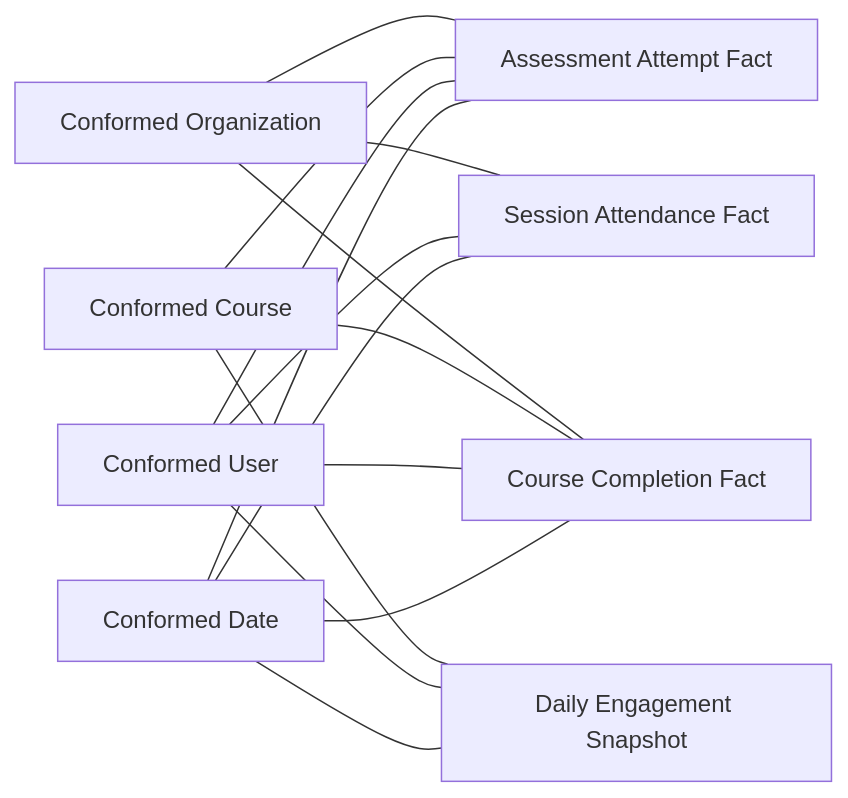
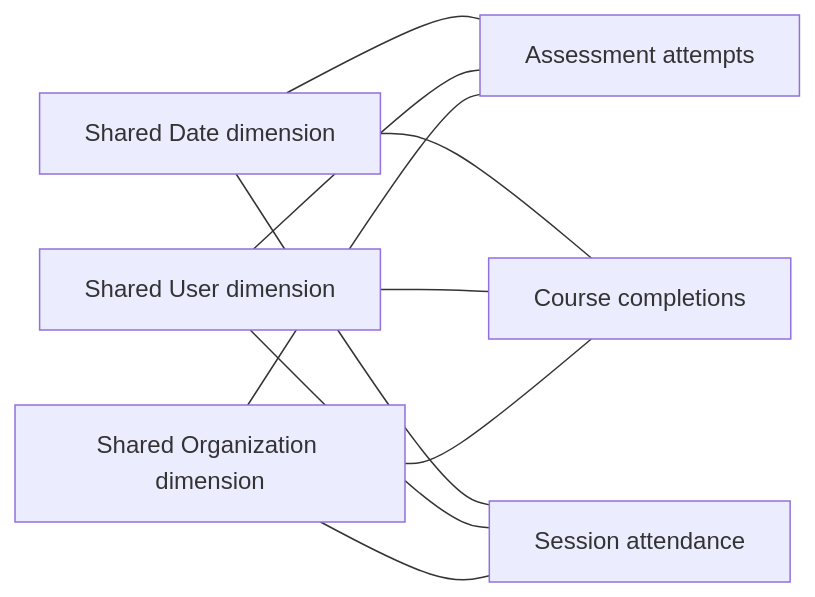
One commit to afmarques20/data-modelling-practices changed the fifth of 5 diagrams in 01-foundations/dimensional-modeling.md. Above: the diagram before and after it, drawn with Mermaid. The commit also changed other lines of this file, not shown here.

````diff
--- a/01-foundations/dimensional-modeling.md
+++ b/01-foundations/dimensional-modeling.md
@@ -321,27 +484,12 @@
 ```mermaid
 flowchart LR
-    D1[Conformed Date]
-    U[Conformed User]
-    C[Conformed Course]
-    O[Conformed Organization]
-
-    F1[Assessment Attempt Fact]
-    F2[Course Completion Fact]
-    F3[Session Attendance Fact]
-    F4[Daily Engagement Snapshot]
-
-    D1 --- F1
-    D1 --- F2
-    D1 --- F3
-    D1 --- F4
-    U --- F1
-    U --- F2
-    U --- F3
-    U --- F4
-    C --- F1
-    C --- F2
-    C --- F4
-    O --- F1
-    O --- F2
-    O --- F3
+    D[Shared Date dimension] --- A[Assessment attempts]
+    D --- C[Course completions]
+    D --- S[Session attendance]
+    U[Shared User dimension] --- A
+    U --- C
+    U --- S
+    O[Shared Organization dimension] --- A
+    O --- C
+    O --- S
 ```
````
